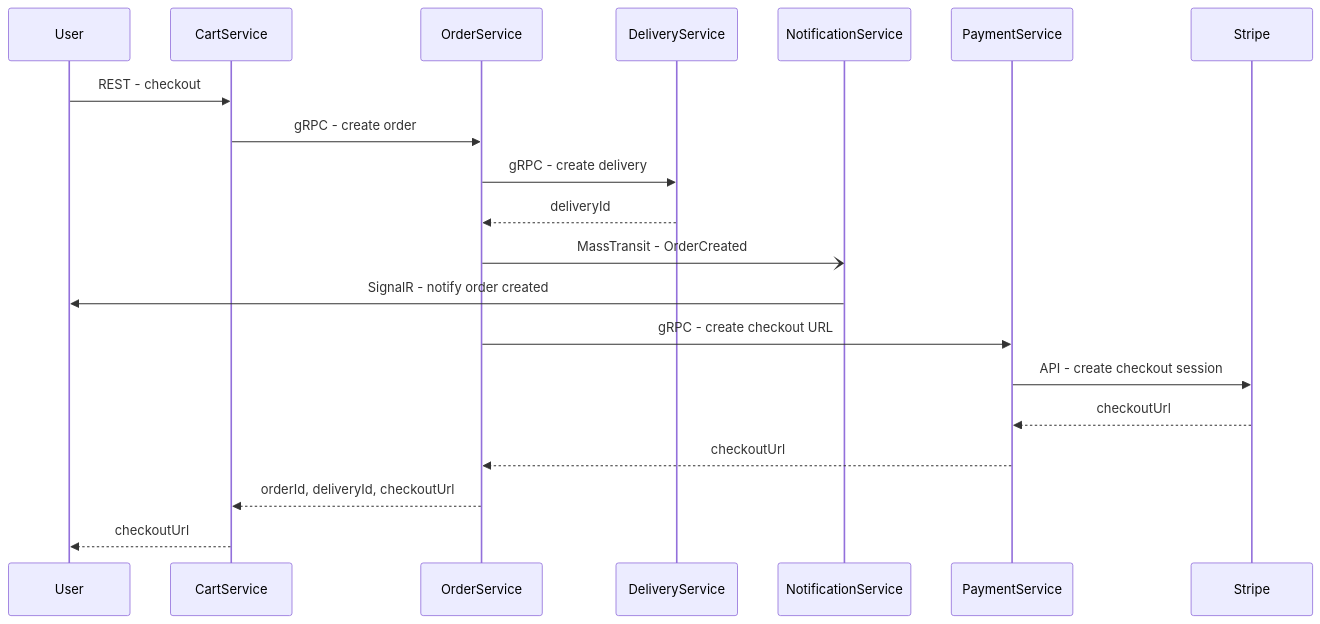
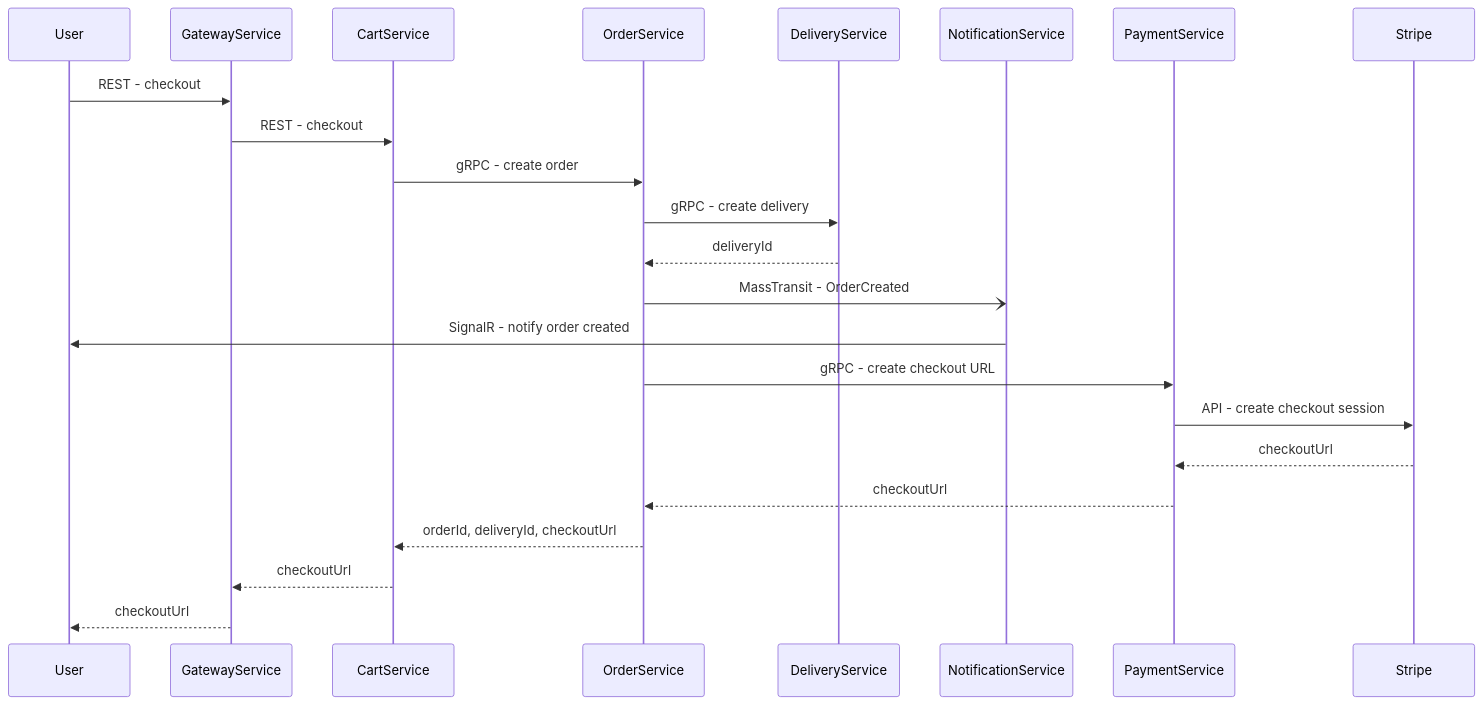
One commit to JakubKopecky-dev/ECommerceApp changed the first of 2 diagrams in README.md. Above: the diagram before and after it, drawn with Mermaid. The commit also changed other lines of this file, not shown here.

````diff
--- a/README.md
+++ b/README.md
@@ -160,23 +165,26 @@
 ```mermaid
 sequenceDiagram
     participant User
+    participant GatewayService
     participant CartService
     participant OrderService
     participant DeliveryService
     participant NotificationService
     participant PaymentService
     participant Stripe
 
-    User->>CartService: REST - checkout
+    User->>GatewayService: REST - checkout
+    GatewayService->>CartService: REST - checkout
     CartService->>OrderService: gRPC - create order
     OrderService->>DeliveryService: gRPC - create delivery
     DeliveryService-->>OrderService: deliveryId
     OrderService-)NotificationService: MassTransit - OrderCreated
     NotificationService->>User: SignalR - notify order created
     OrderService->>PaymentService: gRPC - create checkout URL
     PaymentService->>Stripe: API - create checkout session
     Stripe-->>PaymentService: checkoutUrl
     PaymentService-->>OrderService: checkoutUrl
     OrderService-->>CartService: orderId, deliveryId, checkoutUrl
-    CartService-->>User: checkoutUrl
+    CartService-->>GatewayService: checkoutUrl
+    GatewayService-->>User: checkoutUrl
 ```
````
